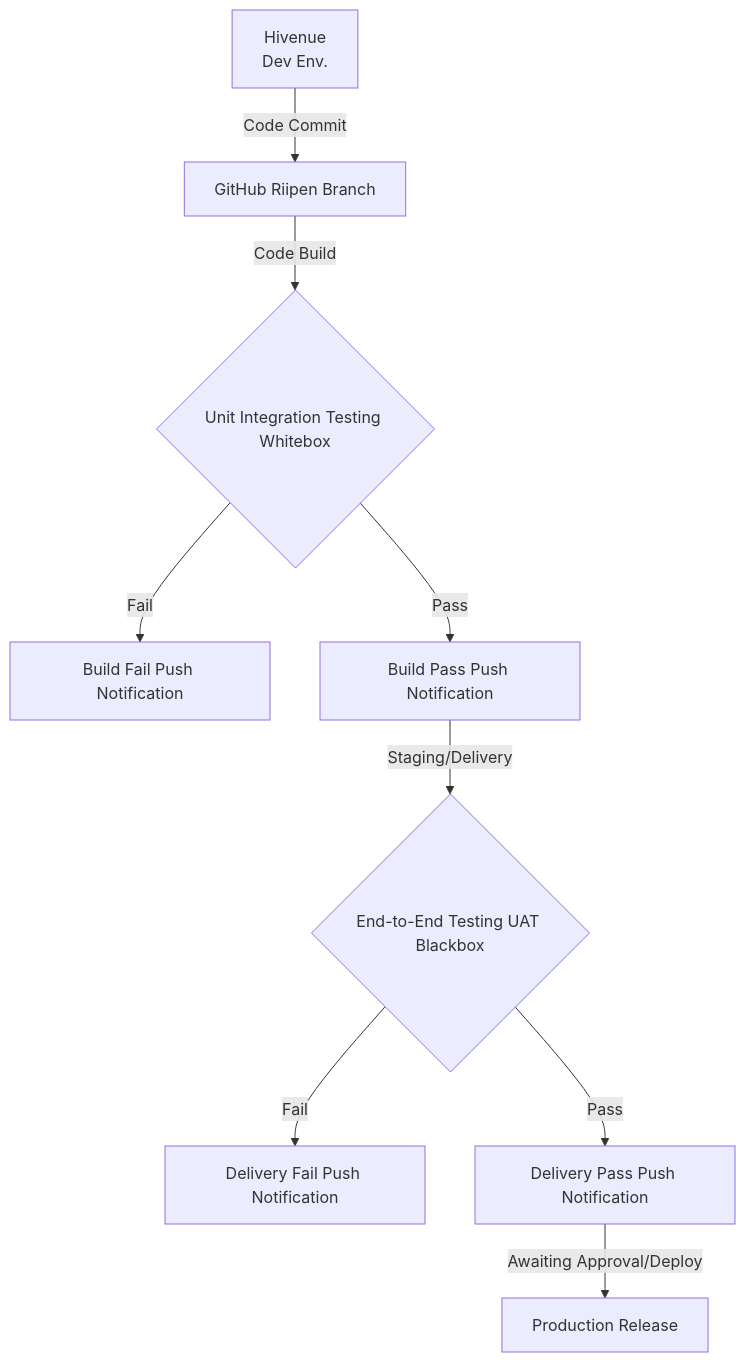
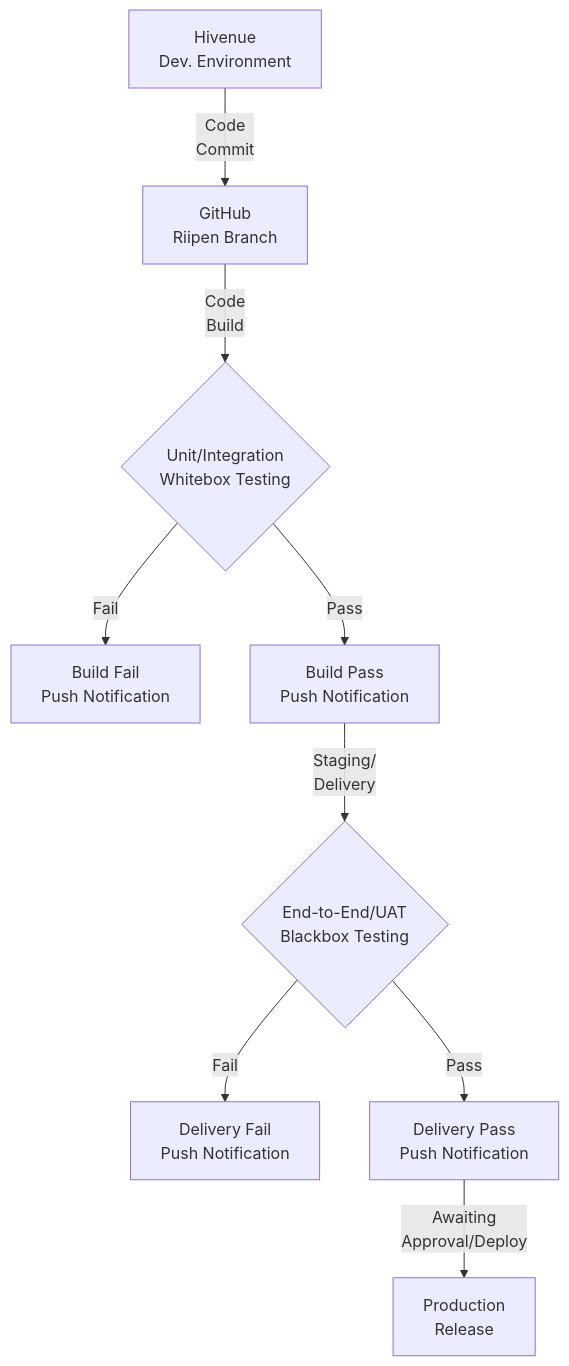
One commit to HaroonKhanDotNet/cctb_moodle changed the diagram in BRD.md. Above: the diagram before and after it, drawn with Mermaid.

````diff
--- a/BRD.md
+++ b/BRD.md
@@ -34,11 +34,11 @@
 ```mermaid
   flowchart TD;
-      A[Hivenue <br> Dev Env.] --Code Commit--> B[GitHub Riipen Branch];
-      B --Code Build--> C{Unit Integration Testing Whitebox};
-      C --Fail--> D[Build Fail Push Notification];
-      C --Pass--> E[Build Pass Push Notification];
-      E --Staging/Delivery--> F{End-to-End Testing UAT Blackbox};
-      F --Fail--> G[Delivery Fail Push Notification];
-      F --Pass--> H[Delivery Pass Push Notification];
-      H --Awaiting Approval/Deploy--> I[Production Release];
+      A[Hivenue <br> Dev. Environment] --Code <br> Commit--> B[GitHub <br> Riipen Branch];
+      B --Code <br> Build--> C{Unit/Integration <br> Whitebox Testing};
+      C --Fail--> D[Build Fail <br> Push Notification];
+      C --Pass--> E[Build Pass <br> Push Notification];
+      E --Staging/ <br> Delivery--> F{End-to-End/UAT <br> Blackbox Testing};
+      F --Fail--> G[Delivery Fail <br> Push Notification];
+      F --Pass--> H[Delivery Pass <br> Push Notification];
+      H --Awaiting <br> Approval/Deploy--> I[Production <br> Release];
 ```
````
